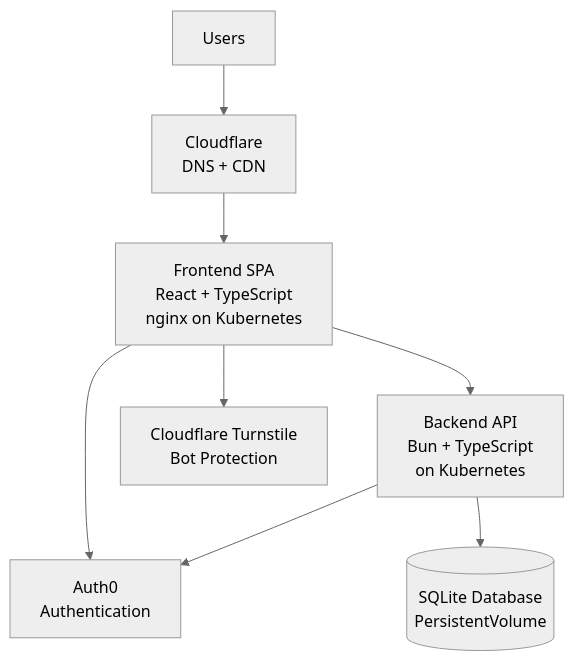
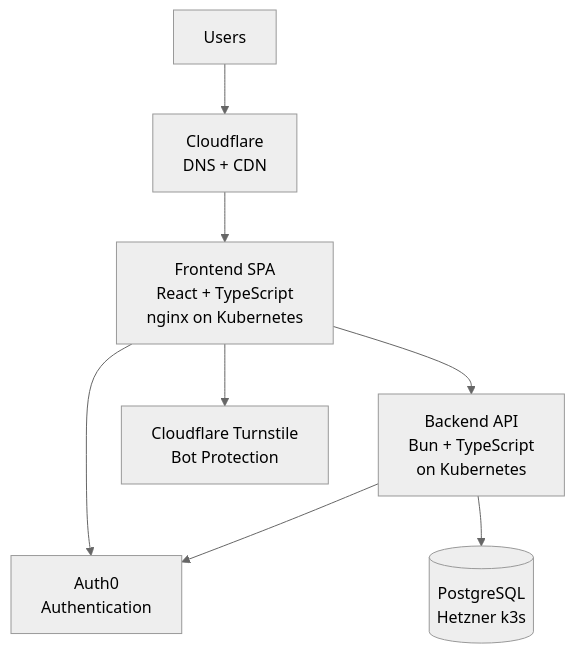
The first of 3 diagrams in architecture/building_blocks.adoc (m-gora/bandcheck), drawn with Mermaid (neutral theme) before and after one commit. The commit also changed other lines of this file and 39 other files, not shown here.

Commit message:
feat: migrate Bandcheck to PostgreSQL and Gateway API

```diff
--- a/architecture/building_blocks.adoc
+++ b/architecture/building_blocks.adoc
@@ -9,11 +9,11 @@
 [mermaid]
 ....
 graph TB
     Users[Users] --> CF[Cloudflare<br/>DNS + CDN]
     CF --> Frontend[Frontend SPA<br/>React + TypeScript<br/>nginx on Kubernetes]
     Frontend --> Backend[Backend API<br/>Bun + TypeScript<br/>on Kubernetes]
     Frontend --> Auth0[Auth0<br/>Authentication]
     Frontend --> Turnstile[Cloudflare Turnstile<br/>Bot Protection]
     Backend --> Auth0
-    Backend --> Database[(SQLite Database<br/>PersistentVolume)]
+    Backend --> Database[(PostgreSQL<br/>Hetzner k3s)]
 ....
```
